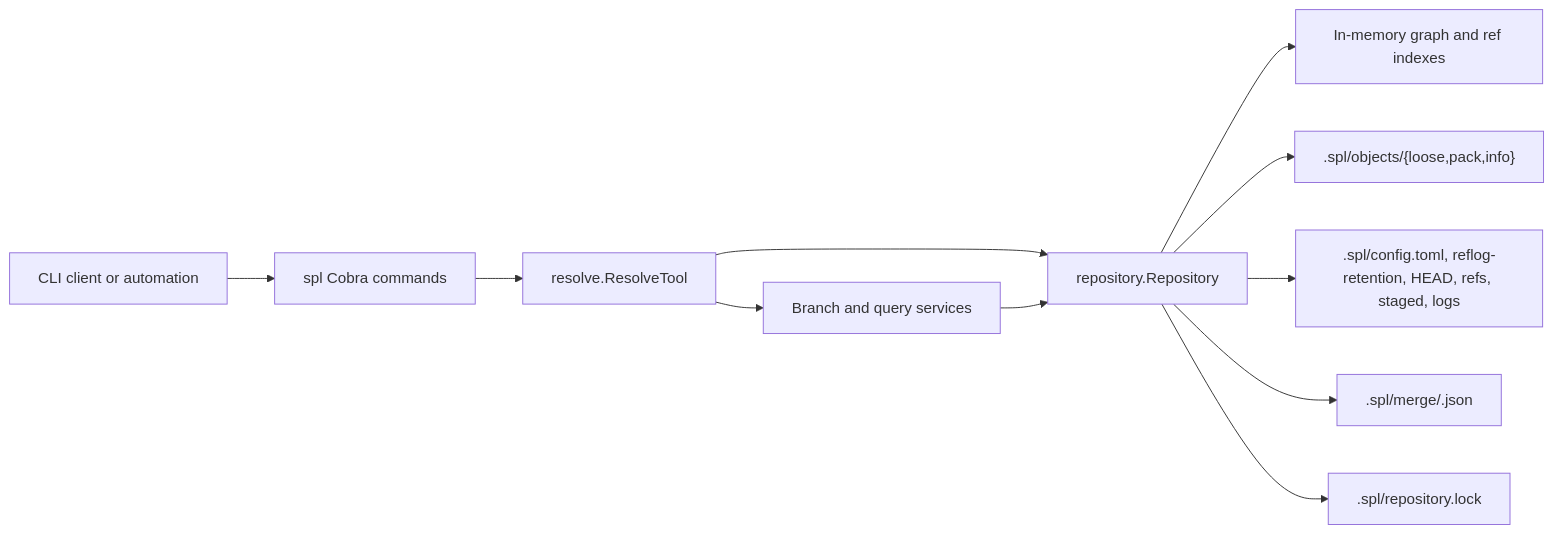
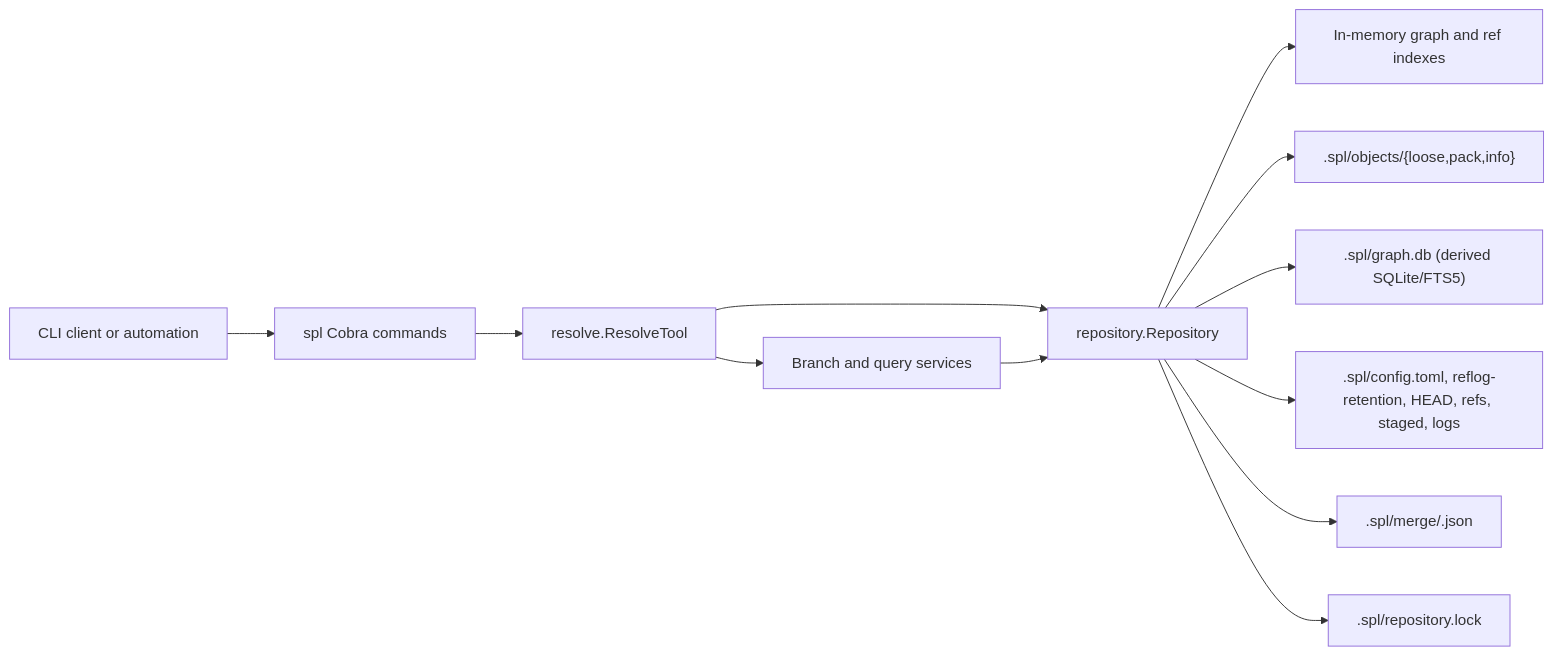
One commit to autonomous-bits/spool changed the diagram in docs/architecture.md. Above: the diagram before and after it, drawn with Mermaid. The commit also changed other lines of this file and 11 other files, not shown here.

First line of the commit message:
Add versioned SQLite projection (#13)

````diff
--- a/docs/architecture.md
+++ b/docs/architecture.md
@@ -10,13 +10,14 @@
 ```mermaid
 flowchart LR
     Client[CLI client or automation] --> CLI[spl Cobra commands]
     CLI --> Tool[resolve.ResolveTool]
     Tool --> Services[Branch and query services]
     Tool --> Repository[repository.Repository]
     Services --> Repository
     Repository --> Memory[In-memory graph and ref indexes]
     Repository --> Objects[".spl/objects/{loose,pack,info}"]
+    Repository --> Projection[".spl/graph.db (derived SQLite/FTS5)"]
     Repository --> State[".spl/config.toml, reflog-retention, HEAD, refs, staged, logs"]
     Repository --> Merge[".spl/merge/<hashed-branch>.json"]
     Repository --> Lock[".spl/repository.lock"]
 ```
````
